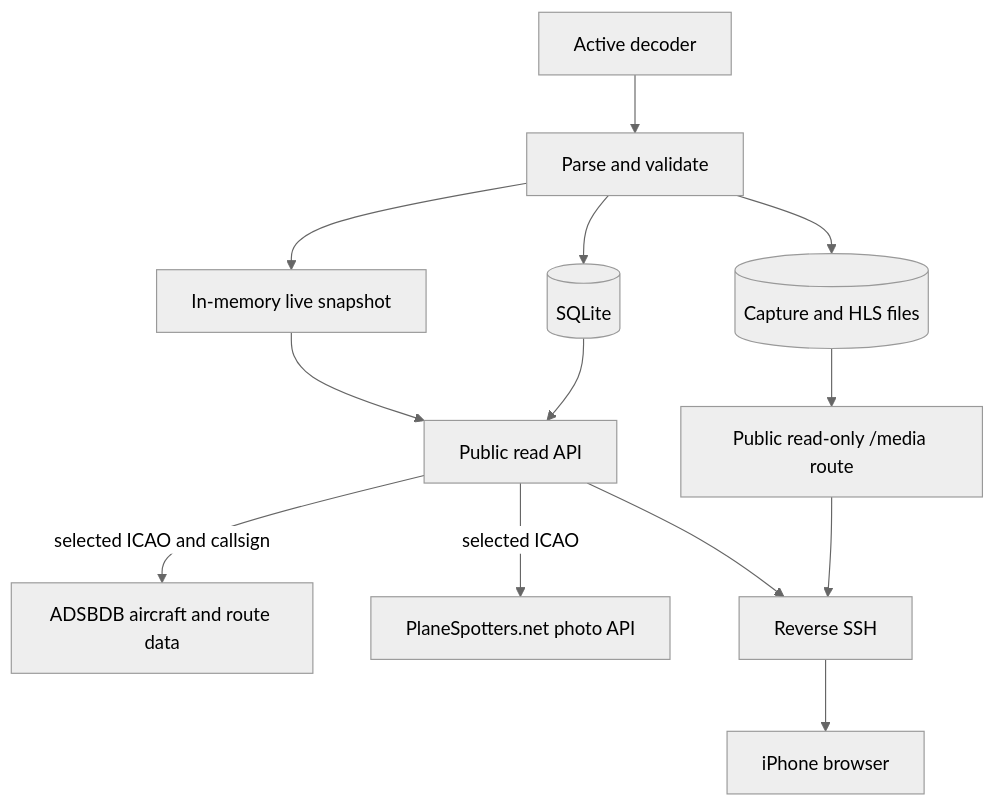
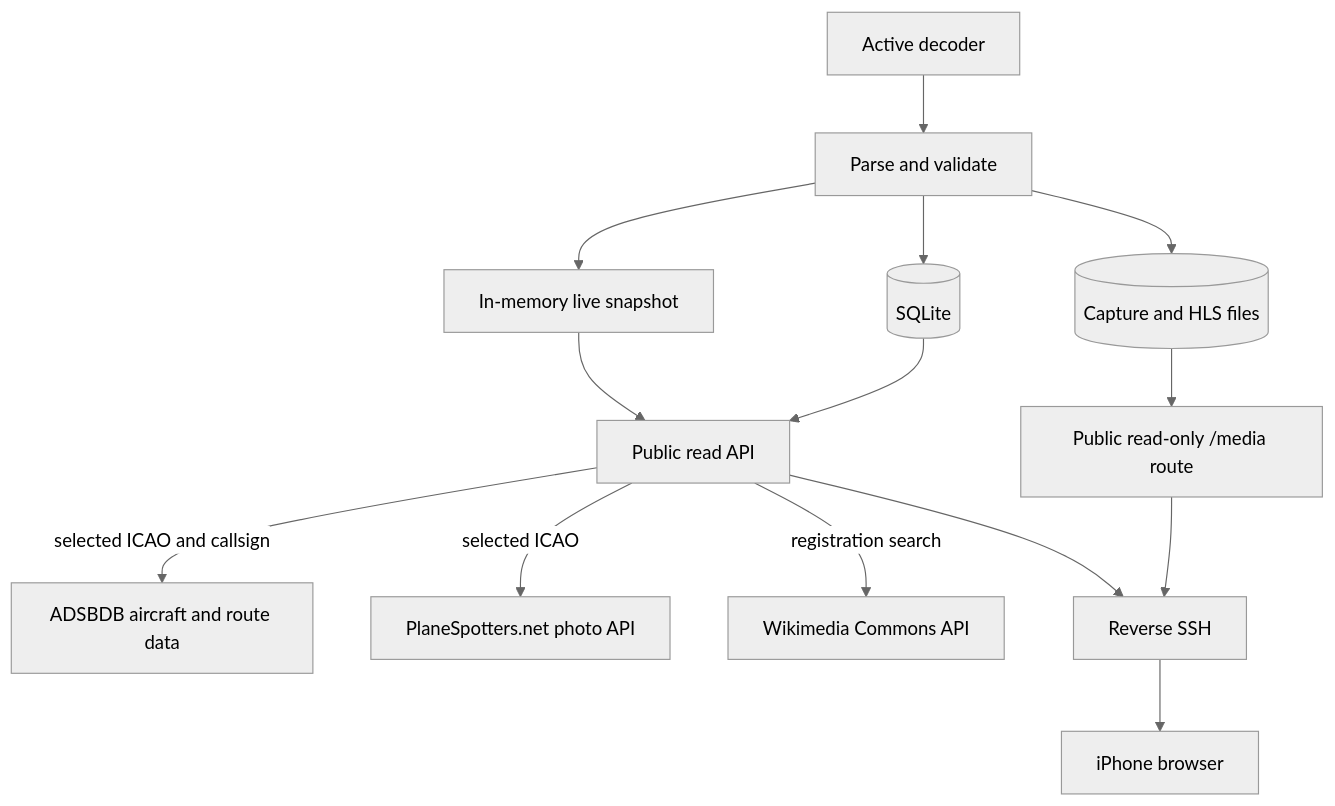
Before and after one commit to ramideltoro/skyglow: the first of 4 diagrams in wiki/skyglow/data-api.md, drawn with Mermaid (neutral theme). The commit also changed other lines of this file and 6 other files, not shown here.

````diff
--- a/wiki/skyglow/data-api.md
+++ b/wiki/skyglow/data-api.md
@@ -7,15 +7,16 @@
 ```mermaid
 flowchart TD
     Receiver[Active decoder] --> Validate[Parse and validate]
     Validate --> Snapshot[In-memory live snapshot]
     Validate --> SQLite[(SQLite)]
     Validate --> Media[(Capture and HLS files)]
     Snapshot --> API[Public read API]
     SQLite --> API
     Media --> MediaRoute[Public read-only /media route]
     API -->|selected ICAO and callsign| ADSBDB[ADSBDB aircraft and route data]
     API -->|selected ICAO| Photos[PlaneSpotters.net photo API]
+    API -->|registration search| Commons[Wikimedia Commons API]
     API --> Tunnel[Reverse SSH]
     MediaRoute --> Tunnel
     Tunnel --> Browser[iPhone browser]
 ```
````
